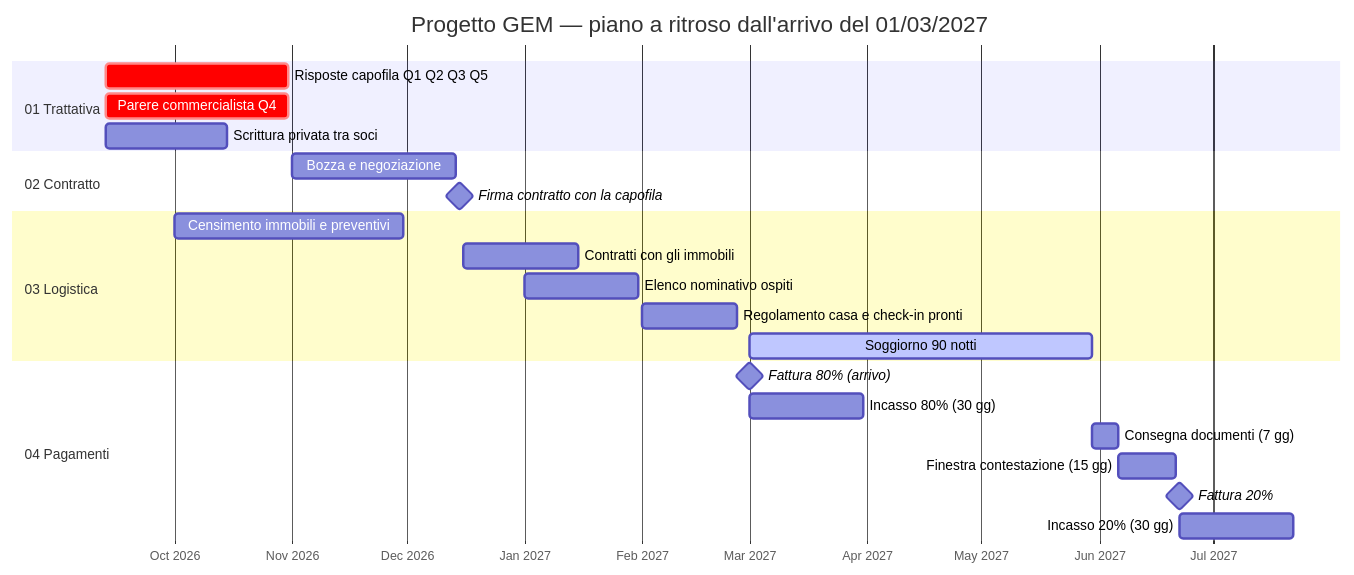
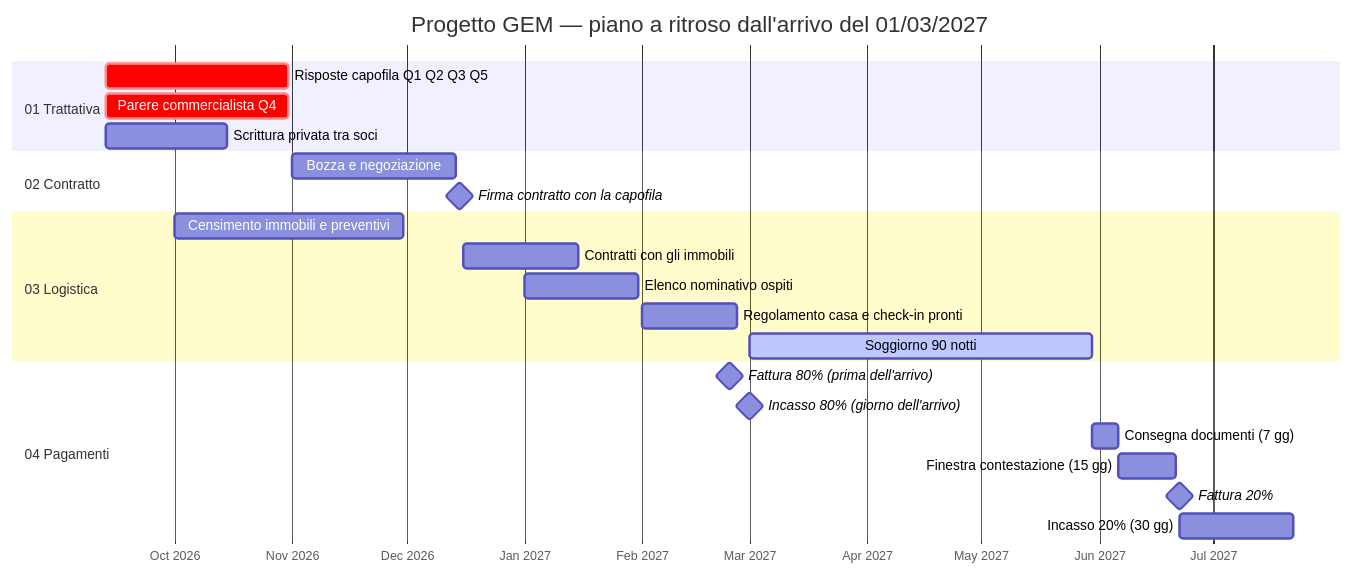
Before and after one commit to affittibreviitaliamanfredonia-source/Gem-Project: the diagram in README.md, drawn with Mermaid. The commit also changed other lines of this file and 5 other files, not shown here.

First line of the commit message:
docs(pagamenti): fattura 80 % qualche giorno prima dell'arrivo, incasso il giorno dell'arrivo (domanda 16)

````diff
--- a/README.md
+++ b/README.md
@@ -89,30 +89,30 @@
 ```mermaid
 gantt
     title Progetto GEM — piano a ritroso dall'arrivo del 01/03/2027
     dateFormat  YYYY-MM-DD
     axisFormat  %b %Y
 
     section 01 Trattativa
     Risposte capofila Q1 Q2 Q3 Q5        :crit, t1, 2026-09-13, 2026-10-31
     Parere commercialista Q4             :crit, t2, 2026-09-13, 2026-10-31
     Scrittura privata tra soci           :t3, 2026-09-13, 2026-10-15
 
     section 02 Contratto
     Bozza e negoziazione                 :c1, 2026-11-01, 2026-12-14
     Firma contratto con la capofila      :milestone, m1, 2026-12-15, 0d
 
     section 03 Logistica
     Censimento immobili e preventivi     :l1, 2026-10-01, 2026-11-30
     Contratti con gli immobili           :l2, 2026-12-16, 2027-01-15
     Elenco nominativo ospiti             :l3, 2027-01-01, 2027-01-31
     Regolamento casa e check-in pronti   :l4, 2027-02-01, 2027-02-26
     Soggiorno 90 notti                   :active, l5, 2027-03-01, 2027-05-30
 
     section 04 Pagamenti
-    Fattura 80% (arrivo)                 :milestone, p1, 2027-03-01, 0d
-    Incasso 80% (30 gg)                  :p2, 2027-03-01, 2027-03-31
+    Fattura 80% (prima dell'arrivo)      :milestone, p1, 2027-02-24, 0d
+    Incasso 80% (giorno dell'arrivo)     :milestone, p2, 2027-03-01, 0d
     Consegna documenti (7 gg)            :p3, 2027-05-30, 2027-06-06
     Finestra contestazione (15 gg)       :p4, 2027-06-06, 2027-06-21
     Fattura 20%                          :milestone, p5, 2027-06-22, 0d
     Incasso 20% (30 gg)                  :p6, 2027-06-22, 2027-07-22
 ```
````
